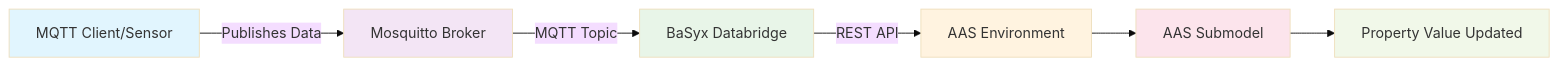
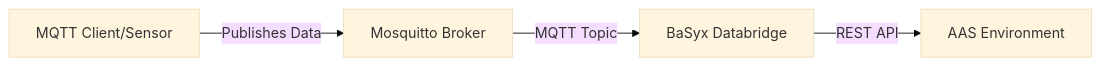
Before and after one commit to eclipse-basyx/basyx-wiki: the first of 2 diagrams in docs/source/content/concepts/use_cases/data_integration.md, drawn with Mermaid (base theme). The commit also changed 2 other files, not shown here.

Commit message:
Improves mermaid css

````diff
--- a/docs/source/content/concepts/use_cases/data_integration.md
+++ b/docs/source/content/concepts/use_cases/data_integration.md
@@ -11,15 +11,6 @@
 ```{mermaid}
 graph LR
     A[MQTT Client/Sensor] -->|Publishes Data| B[Mosquitto Broker]
     B -->|MQTT Topic| C[BaSyx Databridge]
     C -->|REST API| D[AAS Environment]
-    D --> E[AAS Submodel]
-    E --> F[Property Value Updated]
-    
-    style A fill:#e1f5fe
-    style B fill:#f3e5f5
-    style C fill:#e8f5e8
-    style D fill:#fff3e0
-    style E fill:#fce4ec
-    style F fill:#f1f8e9
 ```
````
